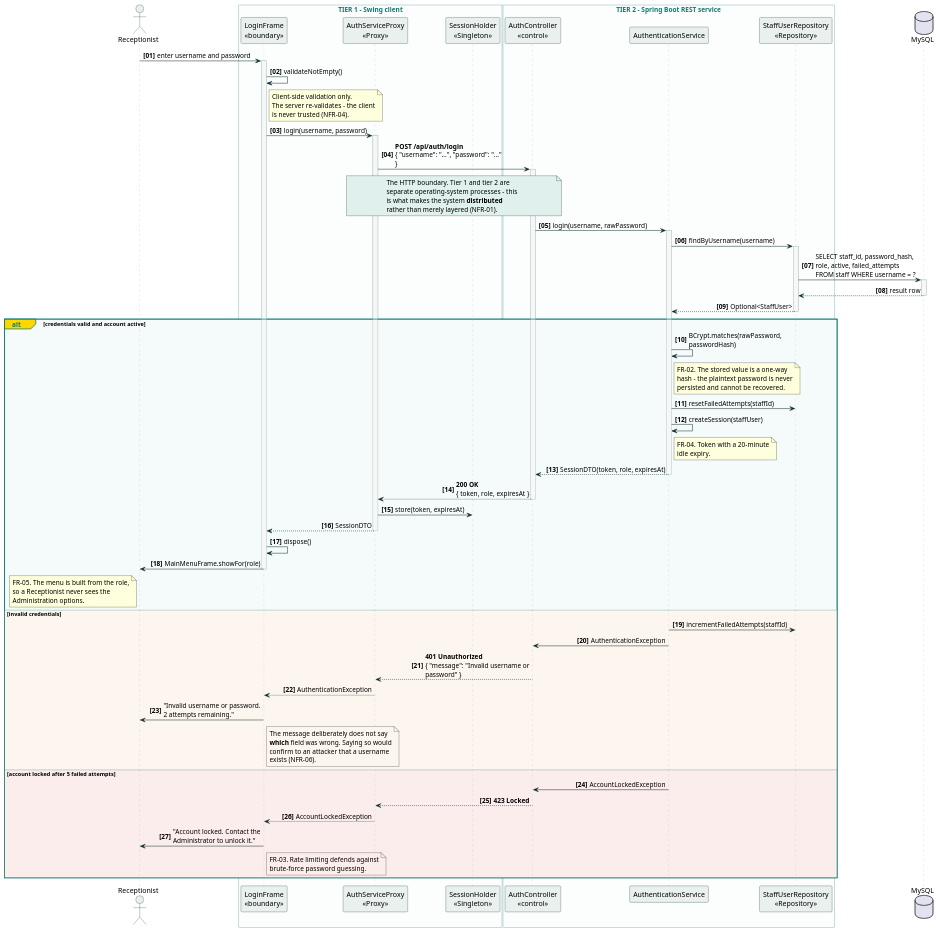
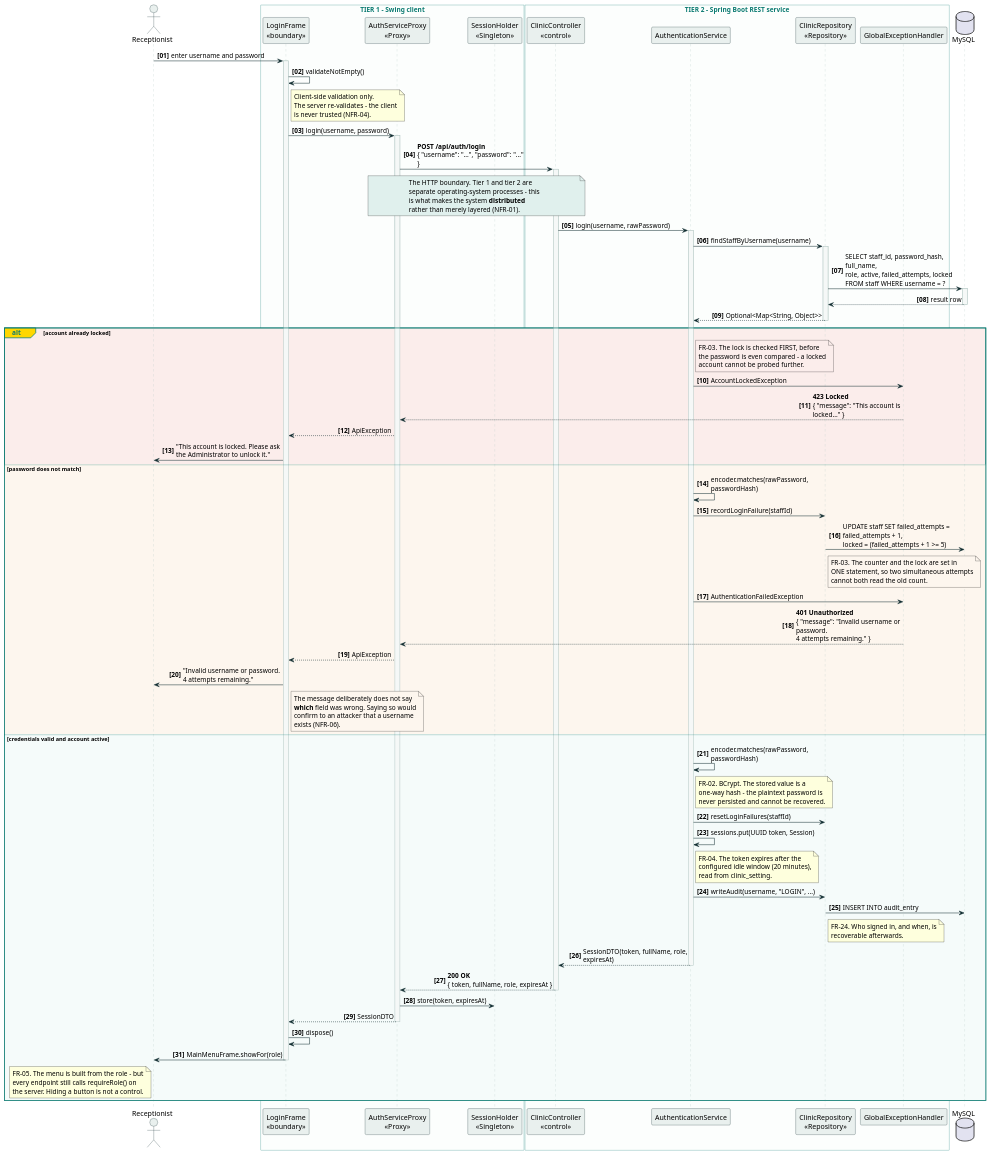
Before and after one commit to Thanujaya448/sunrise-dental-clinic: the diagram in docs/uml/04-seq-login.puml, drawn with PlantUML. The commit also changed 9 other files, not shown here.

First line of the commit message:
docs(uml): redraw design and sequence diagrams from the implemented code

```diff
--- a/docs/uml/04-seq-login.puml
+++ b/docs/uml/04-seq-login.puml
@@ -1,127 +1,146 @@
 @startuml Seq-01-Login
 ' =====================================================================
 '  CIS6003 Advanced Programming - WRIT1
 '  Task A - Sequence Diagram 1 of 3 : UC-01 Log In
-'  Covers FR-01, FR-02, FR-03, FR-04, FR-05
-'  Author: Thanujaya Hasaranga
+'  Covers FR-01, FR-02, FR-03, FR-04, FR-05, FR-24
+'
+'  Participants and message names are taken from the IMPLEMENTED
+'  classes. The Swing client is shown; the browser client follows the
+'  identical sequence through request() in app.js, which is the point
+'  of putting the rules behind one API.
+'  Author: <your name / student ID>
 ' =====================================================================
 
 skinparam backgroundColor #FFFFFF
 skinparam shadowing false
 skinparam DefaultFontName "Segoe UI"
 skinparam ArrowColor #0E2B2E
 skinparam sequenceMessageAlign first
 skinparam maxMessageSize 220
 
 skinparam sequence {
   ParticipantBorderColor #0E2B2E
   ParticipantBackgroundColor #E9F0EE
   ActorBorderColor #0E2B2E
   ActorBackgroundColor #E9F0EE
   LifeLineBorderColor #B4C8C4
   LifeLineBackgroundColor #F5F8F7
   BoxBorderColor #0C7B72
   BoxFontColor #0C7B72
   GroupBorderColor #0C7B72
   GroupHeaderFontColor #0C7B72
   DividerBackgroundColor #E9F0EE
 }
 
 actor "Receptionist" as User
 
 box "TIER 1 - Swing client" #FCFEFD
   participant "LoginFrame\n<<boundary>>" as UI
   participant "AuthServiceProxy\n<<Proxy>>" as Proxy
   participant "SessionHolder\n<<Singleton>>" as Holder
 end box
 
 box "TIER 2 - Spring Boot REST service" #FCFEFD
-  participant "AuthController\n<<control>>" as Ctrl
+  participant "ClinicController\n<<control>>" as Ctrl
   participant "AuthenticationService" as Svc
-  participant "StaffUserRepository\n<<Repository>>" as Repo
+  participant "ClinicRepository\n<<Repository>>" as Repo
+  participant "GlobalExceptionHandler" as Err
 end box
 
 database "MySQL" as DB
 
 autonumber "<b>[00]"
 
 User -> UI ++ : enter username and password
 UI -> UI : validateNotEmpty()
 note right of UI
   Client-side validation only.
   The server re-validates - the client
   is never trusted (NFR-04).
 end note
 
 UI -> Proxy ++ : login(username, password)
 Proxy -> Ctrl ++ : **POST /api/auth/login**\n{ "username": "...", "password": "..." }
 note over Proxy, Ctrl #E0F0ED
   The HTTP boundary. Tier 1 and tier 2 are
   separate operating-system processes - this
   is what makes the system **distributed**
   rather than merely layered (NFR-01).
 end note
 
 Ctrl -> Svc ++ : login(username, rawPassword)
-Svc -> Repo ++ : findByUsername(username)
-Repo -> DB ++ : SELECT staff_id, password_hash,\nrole, active, failed_attempts\nFROM staff WHERE username = ?
+Svc -> Repo ++ : findStaffByUsername(username)
+Repo -> DB ++ : SELECT staff_id, password_hash, full_name,\nrole, active, failed_attempts, locked\nFROM staff WHERE username = ?
 return result row
-return Optional<StaffUser>
+return Optional<Map<String, Object>>
 
-alt#Gold #F5FBFA credentials valid and account active
+alt#Gold #FBEDEB account already locked
+  note right of Svc #FBEDEB
+    FR-03. The lock is checked FIRST, before
+    the password is even compared - a locked
+    account cannot be probed further.
+  end note
+  Svc -> Err : AccountLockedException
+  Err --> Proxy : **423 Locked**\n{ "message": "This account is locked..." }
+  Proxy --> UI : ApiException
+  UI -> User : "This account is locked. Please ask\nthe Administrator to unlock it."
 
-  Svc -> Svc : BCrypt.matches(rawPassword, passwordHash)
-  note right of Svc
-    FR-02. The stored value is a one-way
-    hash - the plaintext password is never
-    persisted and cannot be recovered.
+else #FDF6EE password does not match
+  Svc -> Svc : encoder.matches(rawPassword, passwordHash)
+  Svc -> Repo : recordLoginFailure(staffId)
+  Repo -> DB : UPDATE staff SET failed_attempts = failed_attempts + 1,\nlocked = (failed_attempts + 1 >= 5)
+  note right of Repo #FDF6EE
+    FR-03. The counter and the lock are set in
+    ONE statement, so two simultaneous attempts
+    cannot both read the old count.
   end note
-
-  Svc -> Repo : resetFailedAttempts(staffId)
-  Svc -> Svc : createSession(staffUser)
-  note right of Svc
-    FR-04. Token with a 20-minute
-    idle expiry.
-  end note
-  return SessionDTO(token, role, expiresAt)
-
-  Ctrl --> Proxy -- : **200 OK**\n{ token, role, expiresAt }
-  Proxy -> Holder : store(token, expiresAt)
-  return SessionDTO
-
-  UI -> UI : dispose()
-  UI -> User -- : MainMenuFrame.showFor(role)
-  note left of User
-    FR-05. The menu is built from the role,
-    so a Receptionist never sees the
-    Administration options.
-  end note
-
-else #FDF6EE invalid credentials
-
-  Svc -> Repo : incrementFailedAttempts(staffId)
-  Svc -> Ctrl : AuthenticationException
-  Ctrl --> Proxy : **401 Unauthorized**\n{ "message": "Invalid username or password" }
-  Proxy --> UI : AuthenticationException
-  UI -> User : "Invalid username or password.\n2 attempts remaining."
+  Svc -> Err : AuthenticationFailedException
+  Err --> Proxy : **401 Unauthorized**\n{ "message": "Invalid username or password.\n4 attempts remaining." }
+  Proxy --> UI : ApiException
+  UI -> User : "Invalid username or password.\n4 attempts remaining."
   note right of UI #FDF6EE
     The message deliberately does not say
     **which** field was wrong. Saying so would
     confirm to an attacker that a username
     exists (NFR-06).
   end note
 
-else #FBEDEB account locked after 5 failed attempts
-
-  Svc -> Ctrl : AccountLockedException
-  Ctrl --> Proxy : **423 Locked**
-  Proxy --> UI : AccountLockedException
-  UI -> User : "Account locked. Contact the\nAdministrator to unlock it."
-  note right of UI #FBEDEB
-    FR-03. Rate limiting defends against
-    brute-force password guessing.
+else #F5FBFA credentials valid and account active
+  Svc -> Svc : encoder.matches(rawPassword, passwordHash)
+  note right of Svc
+    FR-02. BCrypt. The stored value is a
+    one-way hash - the plaintext password is
+    never persisted and cannot be recovered.
   end note
 
+  Svc -> Repo : resetLoginFailures(staffId)
+  Svc -> Svc : sessions.put(UUID token, Session)
+  note right of Svc
+    FR-04. The token expires after the
+    configured idle window (20 minutes),
+    read from clinic_setting.
+  end note
+
+  Svc -> Repo : writeAudit(username, "LOGIN", ...)
+  Repo -> DB : INSERT INTO audit_entry
+  note right of Repo
+    FR-24. Who signed in, and when, is
+    recoverable afterwards.
+  end note
+
+  return SessionDTO(token, fullName, role, expiresAt)
+
+  Ctrl --> Proxy -- : **200 OK**\n{ token, fullName, role, expiresAt }
+  Proxy -> Holder : store(token, expiresAt)
+  return SessionDTO
+
+  UI -> UI : dispose()
+  UI -> User -- : MainMenuFrame.showFor(role)
+  note left of User
+    FR-05. The menu is built from the role - but
+    every endpoint still calls requireRole() on
+    the server. Hiding a button is not a control.
+  end note
 end
 
 @enduml
```
